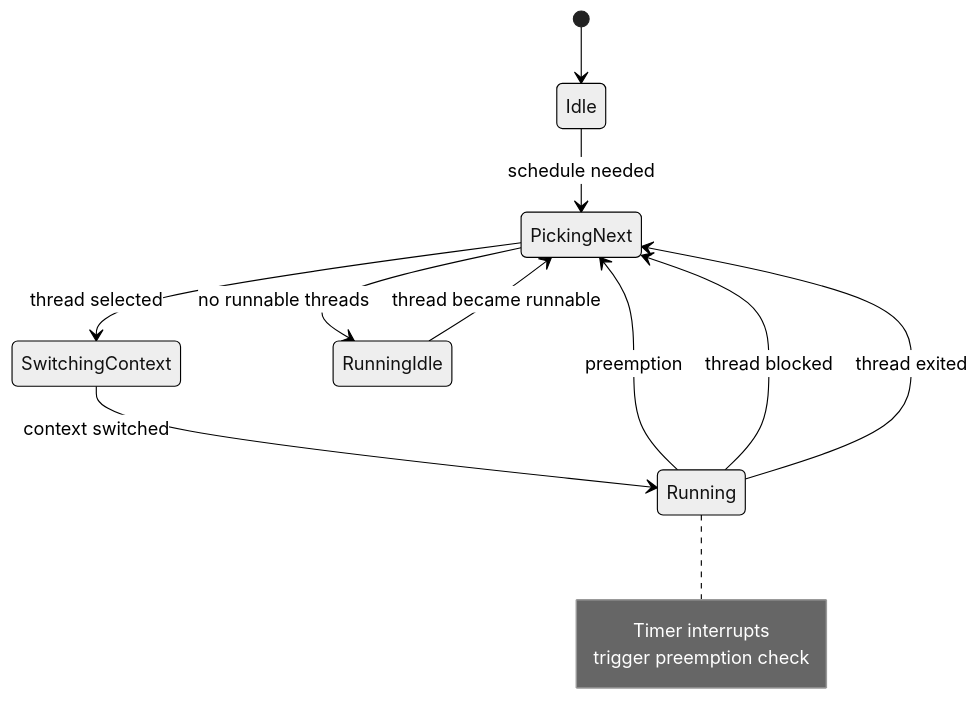
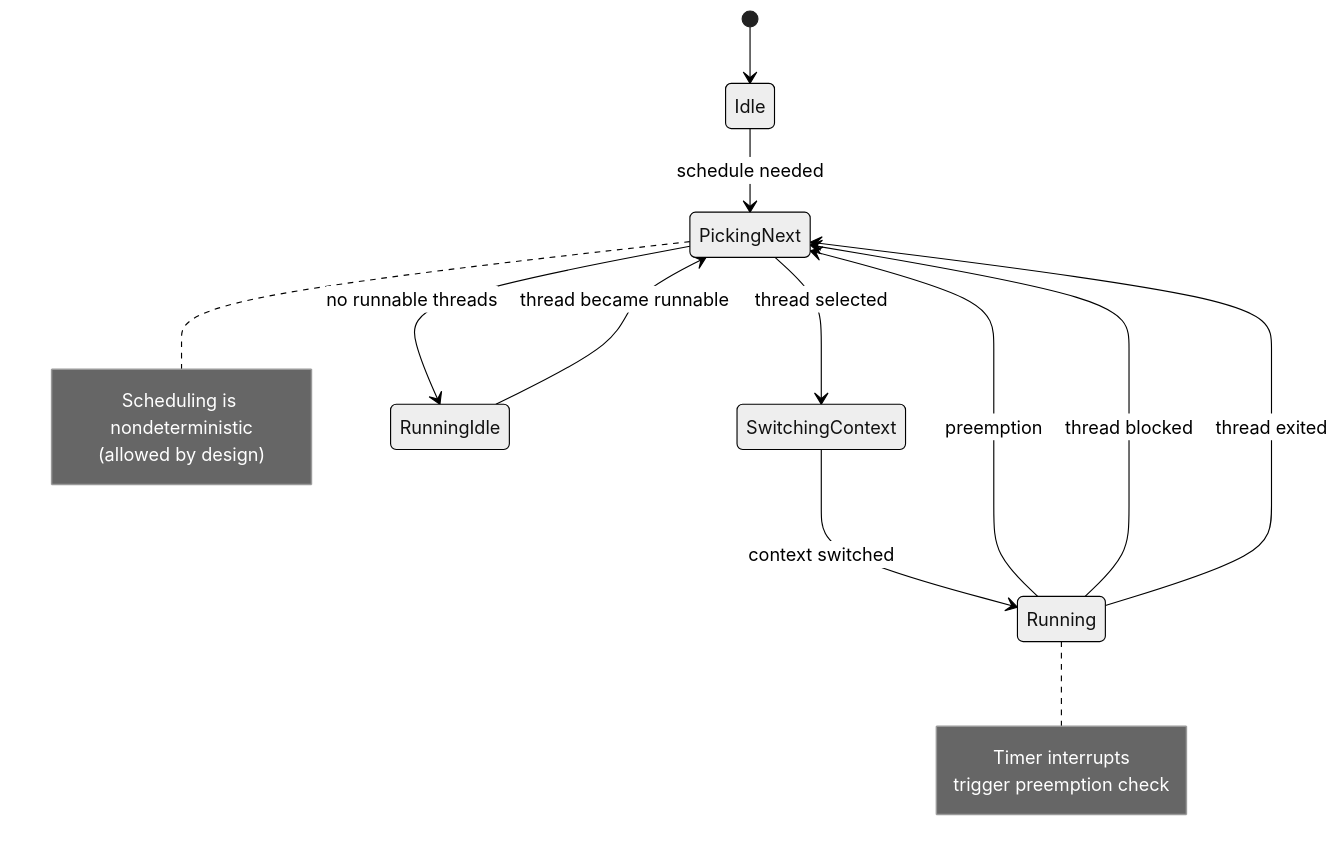
One commit to cypher-asi/zero-os changed diagram 11 of 18 in docs/diagrams/state-machines.md. Above: the diagram before and after it, drawn with Mermaid (neutral theme). The commit also changed other lines of this file and 24 other files, not shown here.

````diff
--- a/docs/diagrams/state-machines.md
+++ b/docs/diagrams/state-machines.md
@@ -410,22 +532,27 @@
 ```mermaid
 stateDiagram-v2
     [*] --> Idle
     
     Idle --> PickingNext: schedule needed
     
     PickingNext --> SwitchingContext: thread selected
     PickingNext --> RunningIdle: no runnable threads
     
     SwitchingContext --> Running: context switched
     
     Running --> PickingNext: preemption
     Running --> PickingNext: thread blocked
     Running --> PickingNext: thread exited
     
     RunningIdle --> PickingNext: thread became runnable
     
     note right of Running
         Timer interrupts
         trigger preemption check
     end note
+    
+    note right of PickingNext
+        Scheduling is nondeterministic
+        (allowed by design)
+    end note
 ```
````
